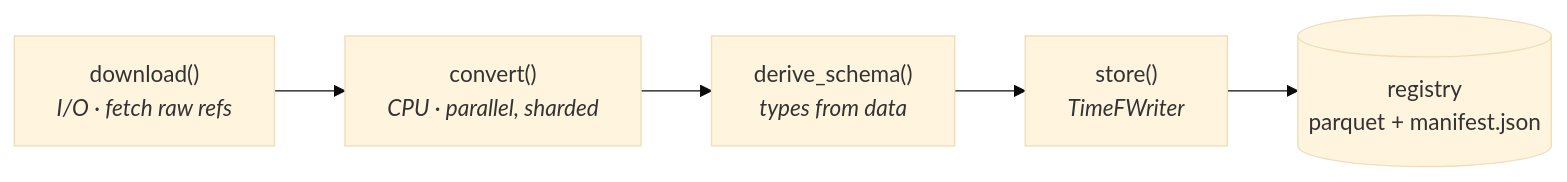
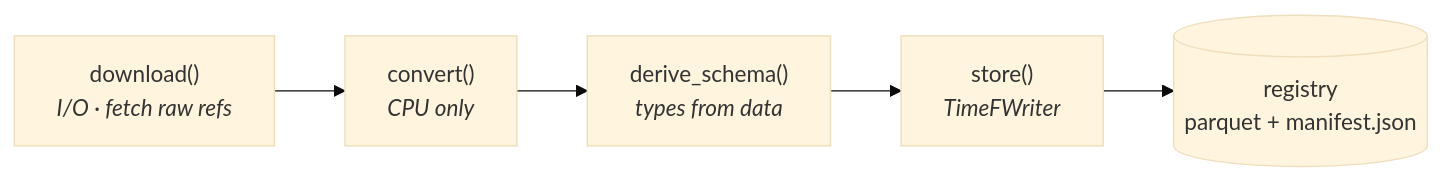
The diagram in docs/data-model/index.md (OpenTSLM/TimeNet), drawn with Mermaid (base theme) before and after one commit. The commit also changed other lines of this file and 25 other files, not shown here.

````diff
--- a/docs/data-model/index.md
+++ b/docs/data-model/index.md
@@ -32,9 +32,9 @@
 ```mermaid
 flowchart LR
     D["download()<br/><i>I/O · fetch raw refs</i>"]
-    C["convert()<br/><i>CPU · parallel, sharded</i>"]
+    C["convert()<br/><i>CPU only</i>"]
     S["derive_schema()<br/><i>types from data</i>"]
     W["store()<br/><i>TimeFWriter</i>"]
     R[("registry<br/>parquet + manifest.json")]
     D --> C --> S --> W --> R
 ```
````
